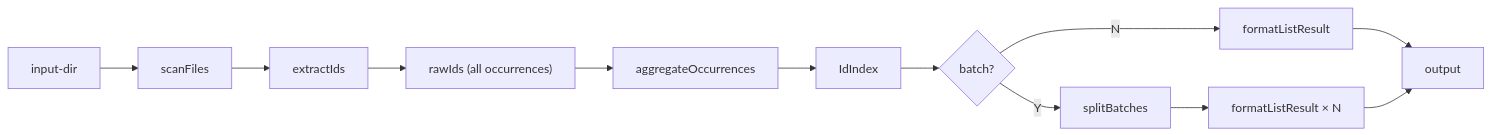
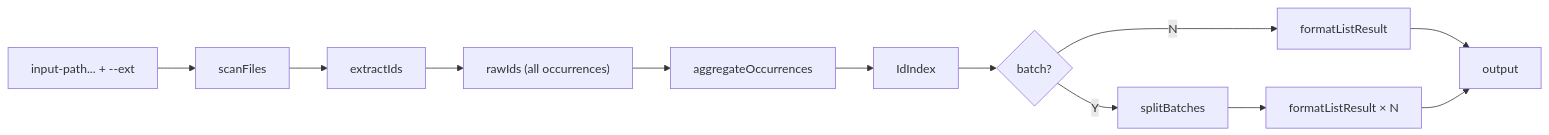
Before and after one commit to tettuan/traceability-ids: the diagram in docs/list-mode.md, drawn with Mermaid. The commit also changed other lines of this file and 41 other files, not shown here.

````diff
--- a/docs/list-mode.md
+++ b/docs/list-mode.md
@@ -11,14 +11,14 @@
 ```mermaid
 flowchart LR
-    A[input-dir] --> B[scanFiles]
+    A["input-path... + --ext"] --> B[scanFiles]
     B --> C[extractIds]
     C --> D["rawIds (all occurrences)"]
     D --> E[aggregateOccurrences]
     E --> F[IdIndex]
     F --> G{batch?}
     G -->|N| H[formatListResult]
     G -->|Y| I[splitBatches]
     I --> J["formatListResult × N"]
     H --> K[output]
     J --> K
 ```
````
